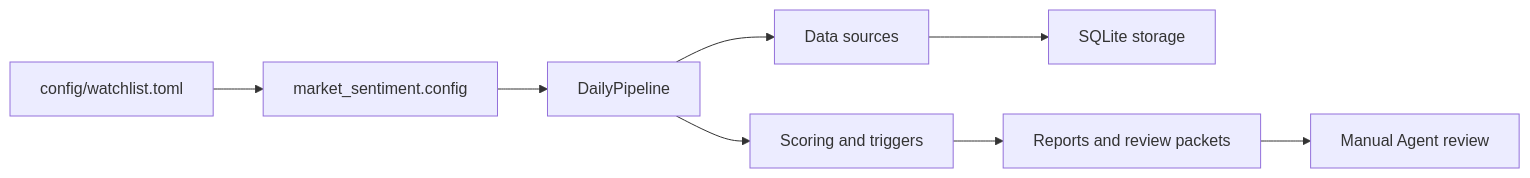
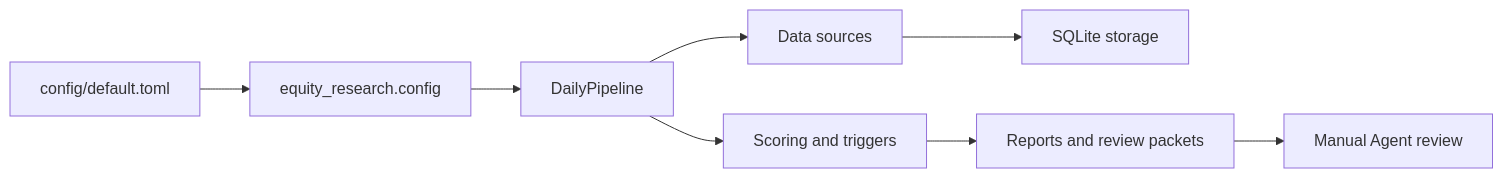
The diagram in sharing-resources/docs/architecture.md (TonnnnyN/equity-research), drawn with Mermaid before and after one commit. The commit also changed other lines of this file and 121 other files, not shown here.

````diff
--- a/sharing-resources/docs/architecture.md
+++ b/sharing-resources/docs/architecture.md
@@ -46,10 +46,10 @@
 ```mermaid
 flowchart LR
-  A["config/watchlist.toml"] --> B["market_sentiment.config"]
+  A["config/default.toml"] --> B["equity_research.config"]
   B --> C["DailyPipeline"]
   C --> D["Data sources"]
   D --> E["SQLite storage"]
   C --> F["Scoring and triggers"]
   F --> G["Reports and review packets"]
   G --> H["Manual Agent review"]
 ```
````
